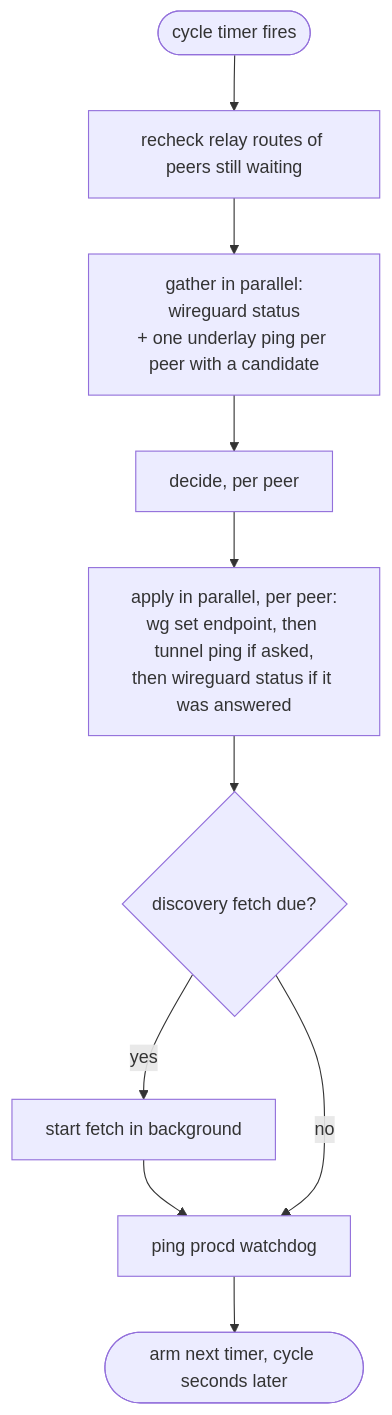
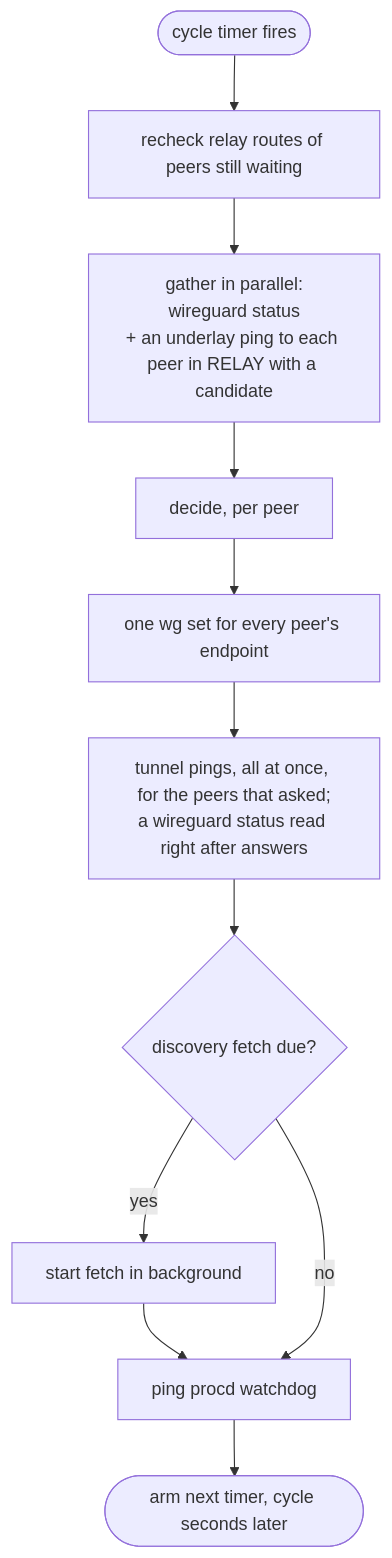
The diagram in docs/explanation/architecture.md (m00qek/wgpathd), drawn with Mermaid before and after one commit. The commit also changed other lines of this file and 9 other files, not shown here.

Commit message:
Docs: in-process full-size probes, one wg set per cycle, shared post-answer reads

````diff
--- a/docs/explanation/architecture.md
+++ b/docs/explanation/architecture.md
@@ -44,11 +46,12 @@
 ```mermaid
 flowchart TD
     T([cycle timer fires]) --> R[recheck relay routes of peers still waiting]
-    R --> G["gather in parallel:<br/>wireguard status<br/>+ one underlay ping per peer with a candidate"]
+    R --> G["gather in parallel:<br/>wireguard status<br/>+ an underlay ping to each peer in RELAY with a candidate"]
     G --> D[decide, per peer]
-    D --> A["apply in parallel, per peer:<br/>wg set endpoint, then tunnel ping if asked,<br/>then wireguard status if it was answered"]
-    A --> F{discovery fetch due?}
+    D --> S["one wg set for every peer's endpoint"]
+    S --> P["tunnel pings, all at once, for the peers that asked;<br/>a wireguard status read right after answers"]
+    P --> F{discovery fetch due?}
     F -- yes --> BG[start fetch in background] --> W
     F -- no --> W[ping procd watchdog]
     W --> N([arm next timer, cycle seconds later])
 ```
````
